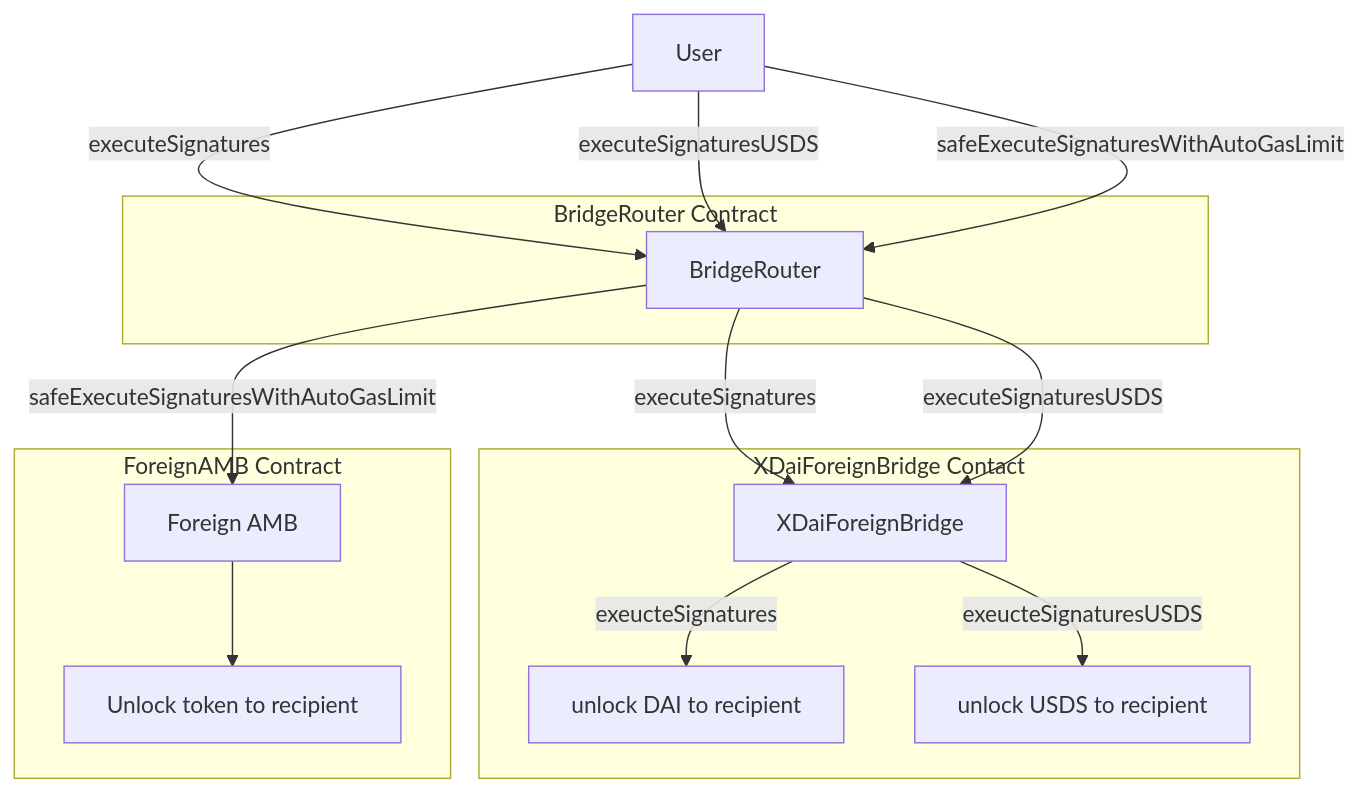
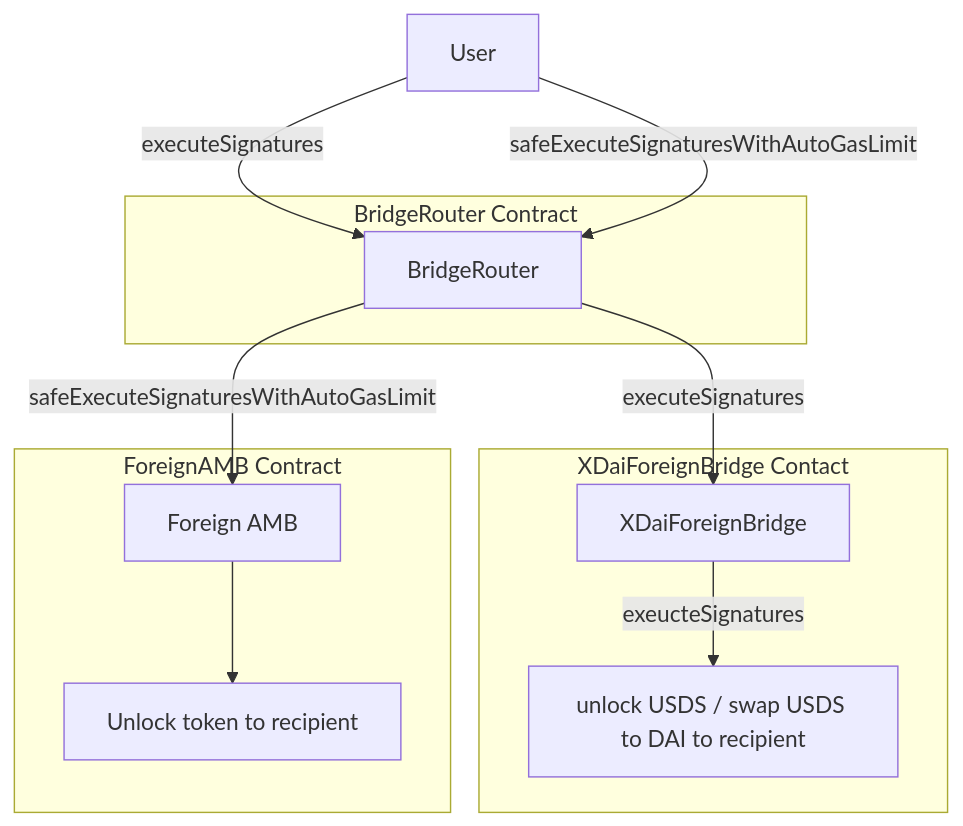
The sixth of 7 diagrams in USDSMigration.md (gnosischain/tokenbridge-contracts), drawn with Mermaid before and after one commit. The commit also changed other lines of this file and 29 other files, not shown here.

````diff
--- a/USDSMigration.md
+++ b/USDSMigration.md
@@ -442,28 +478,25 @@
 ```mermaid
 graph TD
 
 
     subgraph "BridgeRouter Contract"
         BridgeRouter[BridgeRouter]
     end
 
 
     subgraph "XDaiForeignBridge Contact"
-        XDaiForeignBridge[XDaiForeignBridge] -->|exeucteSignatures| DAI[unlock DAI to recipient]
-        XDaiForeignBridge[XDaiForeignBridge] -->|exeucteSignaturesUSDS| Ethereum[unlock USDS to recipient]
+        XDaiForeignBridge[XDaiForeignBridge] -->|exeucteSignatures| DAI_USDS[unlock USDS / swap USDS to DAI to recipient]
 
     end
 
     subgraph "ForeignAMB Contract"
         ForeignAMB[ForeignAMB] --> Action[Unlock token to recipient]
     end
 
-    %% For claim operations (pre-upgrade)
+    %% For claim operations
     User -->|executeSignatures| BridgeRouter
-    User -->|executeSignaturesUSDS| BridgeRouter
     User -->|safeExecuteSignaturesWithAutoGasLimit| BridgeRouter
     BridgeRouter -->|executeSignatures| XDaiForeignBridge
-    BridgeRouter -->|executeSignaturesUSDS| XDaiForeignBridge
     BridgeRouter -->|safeExecuteSignaturesWithAutoGasLimit| ForeignAMB[Foreign AMB]
 
 ```
````
